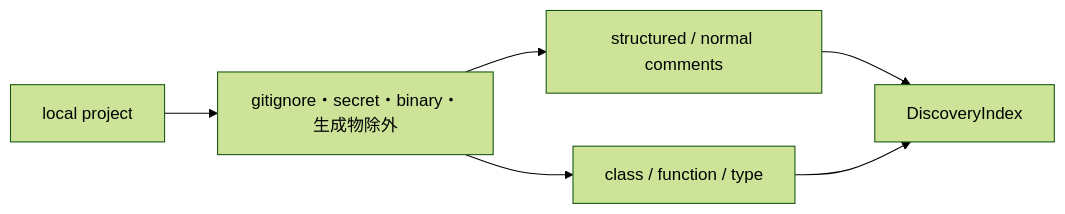
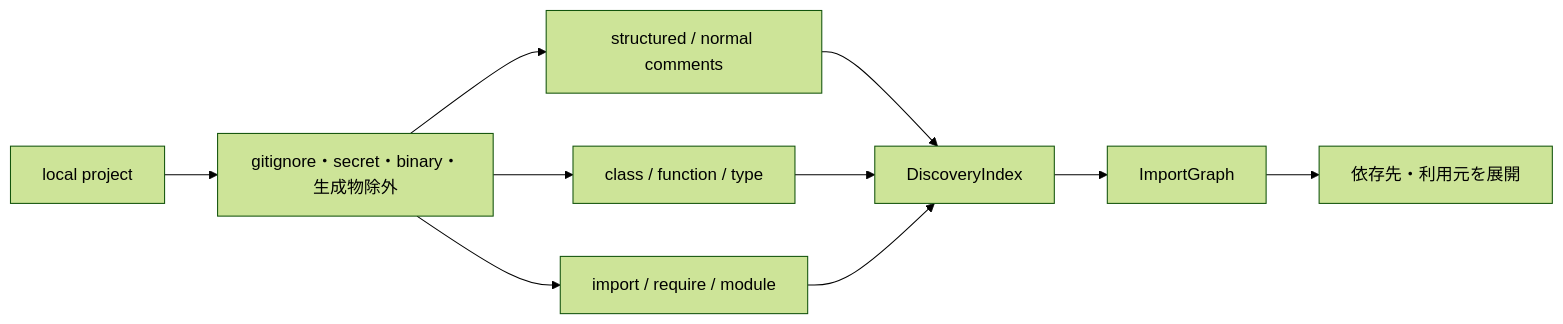
One commit to matsutanishimpei/make-summary changed the sixth of 11 diagrams in docs/architecture.md. Above: the diagram before and after it, drawn with Mermaid (forest theme). The commit also changed other lines of this file and 9 other files, not shown here.

Commit message:
feat: add project import graph

````diff
--- a/docs/architecture.md
+++ b/docs/architecture.md
@@ -207,8 +207,12 @@
 ```mermaid
 flowchart LR
     Project["local project"] --> Guard["gitignore・secret・binary・生成物除外"]
     Guard --> Comment["structured / normal comments"]
     Guard --> Symbol["class / function / type"]
+    Guard --> Import["import / require / module"]
     Comment --> Discovery["DiscoveryIndex"]
     Symbol --> Discovery
+    Import --> Discovery
+    Discovery --> Graph["ImportGraph"]
+    Graph --> Traverse["依存先・利用元を展開"]
 ```
````
